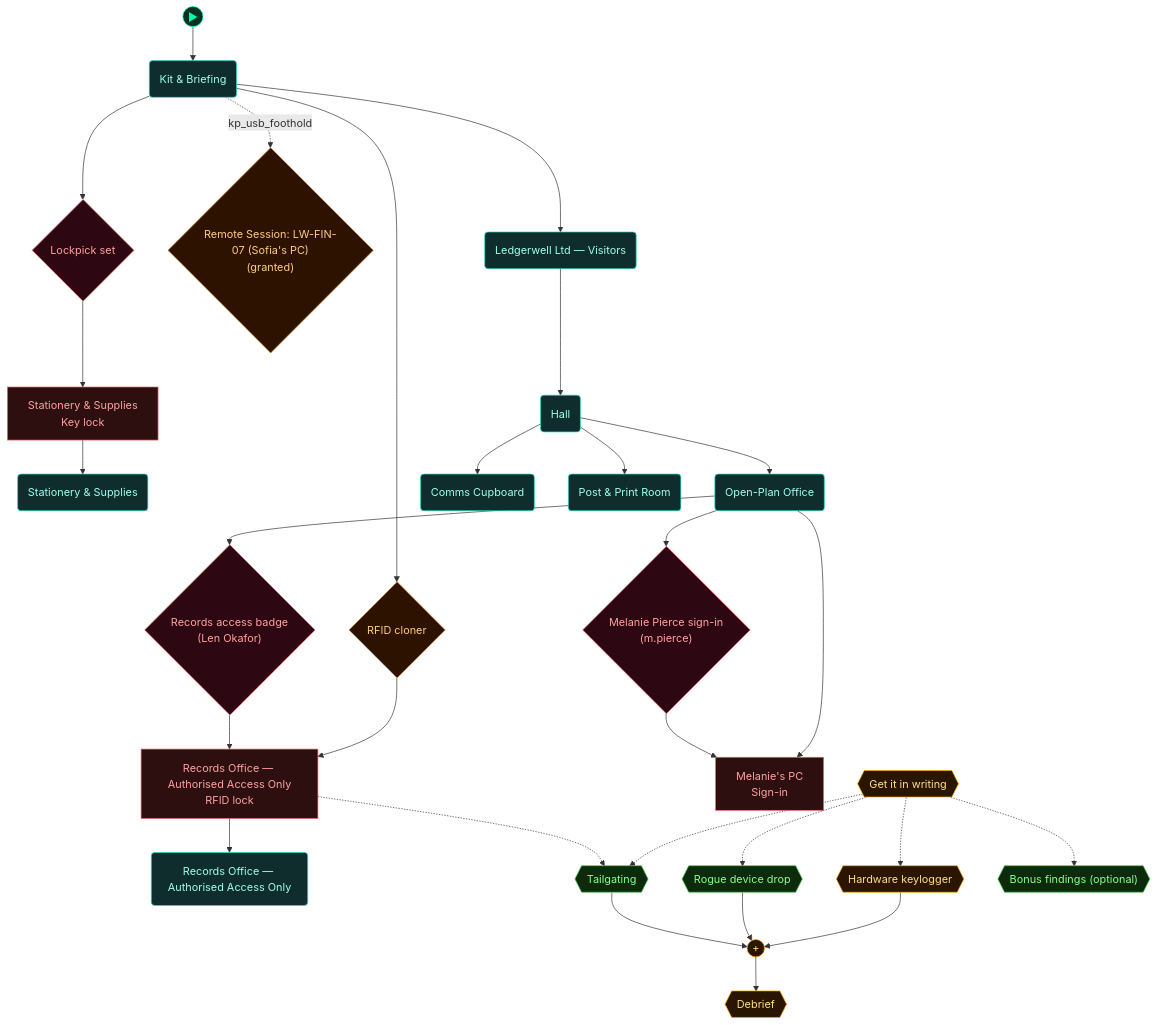
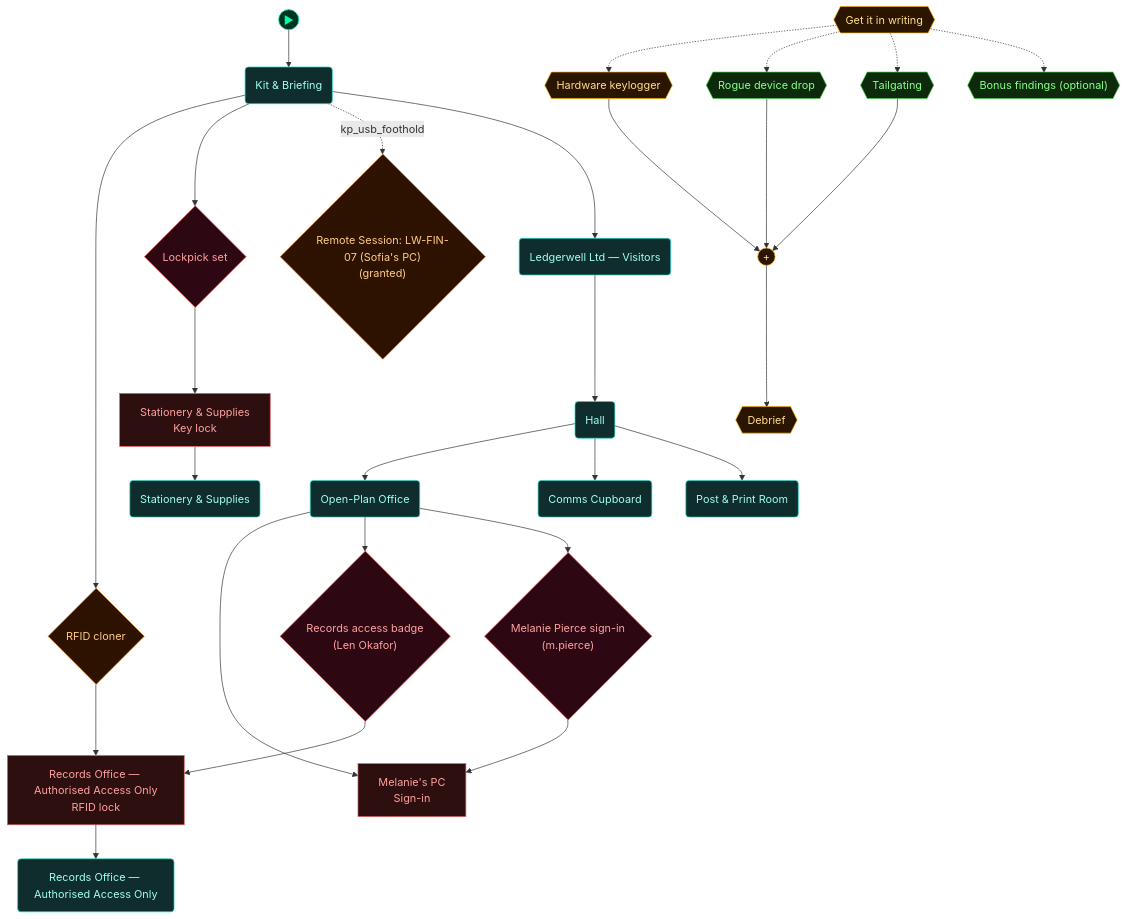
One commit to cliffe/BreakEscape changed the third of 5 diagrams in scenarios/lab_physical_pentest/dungeon_graph.md. Above: the diagram before and after it, drawn with Mermaid. The commit also changed 20 other files, not shown here.

````diff
--- a/scenarios/lab_physical_pentest/dungeon_graph.md
+++ b/scenarios/lab_physical_pentest/dungeon_graph.md
@@ -161,80 +161,79 @@
 ```mermaid
 flowchart TD
 
   classDef room      fill:#0f2d2d,stroke:#22ddcc,color:#a0ffee
   classDef lock      fill:#2d0f0f,stroke:#e66060,color:#ffa0a0
   classDef key       fill:#2d0812,stroke:#e66060,color:#ffa0a0
   classDef item      fill:#2d1200,stroke:#e89030,color:#ffcc80
   classDef gate      fill:#111,stroke:#666,color:#eee
   classDef vm        fill:#0c1f40,stroke:#4a90d9,color:#a0c8ff
   classDef flag      fill:#1a0c2d,stroke:#9060d0,color:#cc99ff
   classDef action    fill:#1a1200,stroke:#cc9922,color:#ffee88
   classDef aim       fill:#0d2a0d,stroke:#44cc44,color:#88ff88
   classDef aim_gate  fill:#111111,stroke:#44cc44,color:#44cc44
   classDef container fill:#1a2d1a,stroke:#60b060,color:#a0e0a0
   classDef npc       fill:#2d1f0d,stroke:#d0a050,color:#ffe0a0
   classDef critical  fill:#2a1500,stroke:#ffaa00,color:#ffdd88
   classDef start     fill:#003322,stroke:#00ffaa,color:#00ffaa
 
   node_start(("▶"))
   node_start --> briefing_room
 
   door_secure_area["Records Office — Authorised Access Only<br/>RFID lock"]
   secure_area("Records Office — Authorised Access Only")
   door_store_room["Stationery & Supplies<br/>Key lock"]
   store_room("Stationery & Supplies")
   briefing_room("Kit & Briefing")
   rfid_cloner{"RFID cloner"}
   lockpick_set{"Lockpick set"}
   lock_staff_pc_2["Melanie's PC<br/>Sign-in"]
   grant_records_remote_session{"Remote Session: LW-FIN-07 (Sofia's PC)<br/>(granted)"}
   card_cm_records_badge{"Records access badge<br/>(Len Okafor)"}
   open_plan("Open-Plan Office")
   signin_pierce{"Melanie Pierce sign-in<br/>(m.pierce)"}
   reception("Ledgerwell Ltd — Visitors")
   hall("Hall")
   P3("Comms Cupboard")
   P1("Post & Print Room")
   aim_authorise{{"Get it in writing"}}
   aim_keylogger{{"Hardware keylogger"}}
   aim_usb{{"Rogue device drop"}}
   aim_tailgate{{"Tailgating"}}
   aim_bonus_beats{{"Bonus findings (optional)"}}
   aim_debrief{{"Debrief"}}
   aim_andgate_debrief((" + "))
 
   door_secure_area --> secure_area
   door_store_room --> store_room
   briefing_room --> rfid_cloner
   rfid_cloner --> door_secure_area
   briefing_room --> lockpick_set
   lockpick_set --> door_store_room
   open_plan --> lock_staff_pc_2
   briefing_room -.->|kp_usb_foothold| grant_records_remote_session
   open_plan --> card_cm_records_badge
   card_cm_records_badge --> door_secure_area
   open_plan --> signin_pierce
   signin_pierce --> lock_staff_pc_2
   briefing_room --> reception
   reception --> hall
   hall --> open_plan
   hall --> P3
   hall --> P1
   aim_authorise -.-> aim_keylogger
   aim_authorise -.-> aim_usb
   aim_authorise -.-> aim_tailgate
   aim_authorise -.-> aim_bonus_beats
   aim_keylogger --> aim_andgate_debrief
   aim_usb --> aim_andgate_debrief
   aim_tailgate --> aim_andgate_debrief
   aim_andgate_debrief --> aim_debrief
-  door_secure_area -.-> aim_tailgate
 
   class door_secure_area,door_store_room,lock_staff_pc_2 lock
   class secure_area,store_room,briefing_room,open_plan,reception,hall,P3,P1 room
   class rfid_cloner,grant_records_remote_session item
   class lockpick_set,card_cm_records_badge,signin_pierce key
   class aim_authorise,aim_keylogger,aim_debrief,aim_andgate_debrief critical
   class aim_usb,aim_tailgate,aim_bonus_beats aim
   class node_start start
 ```
````
